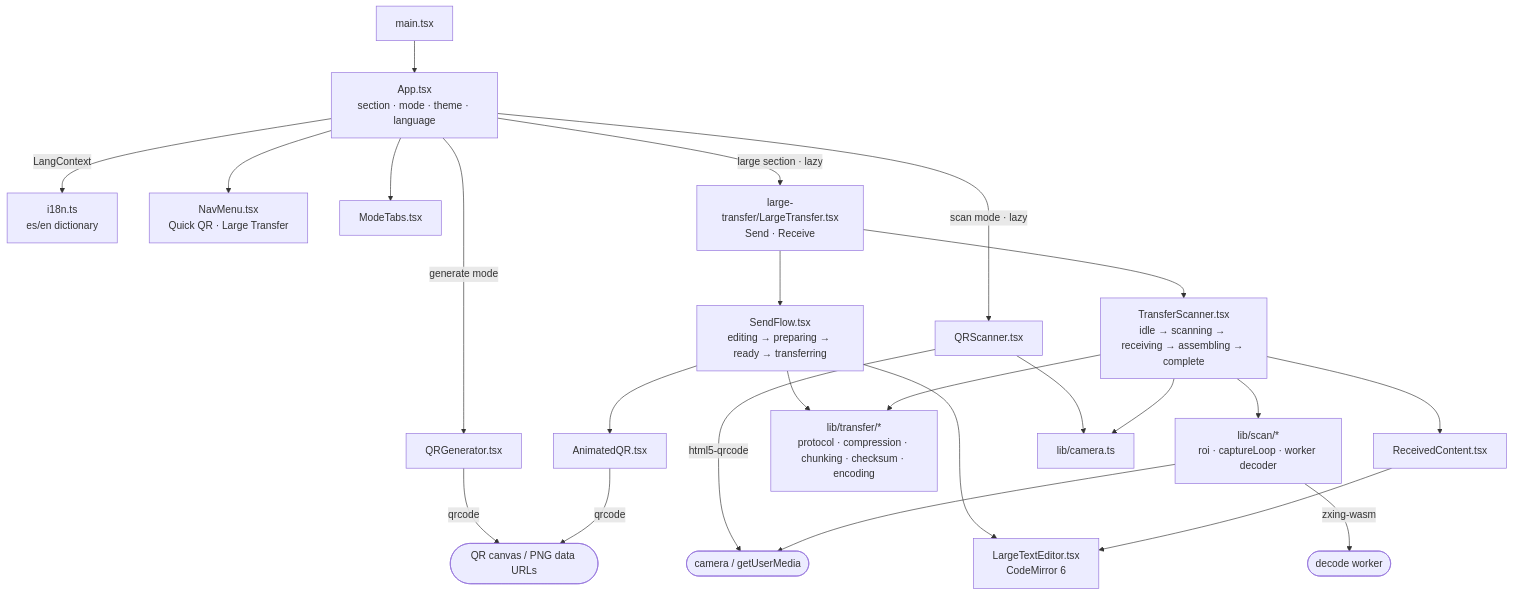
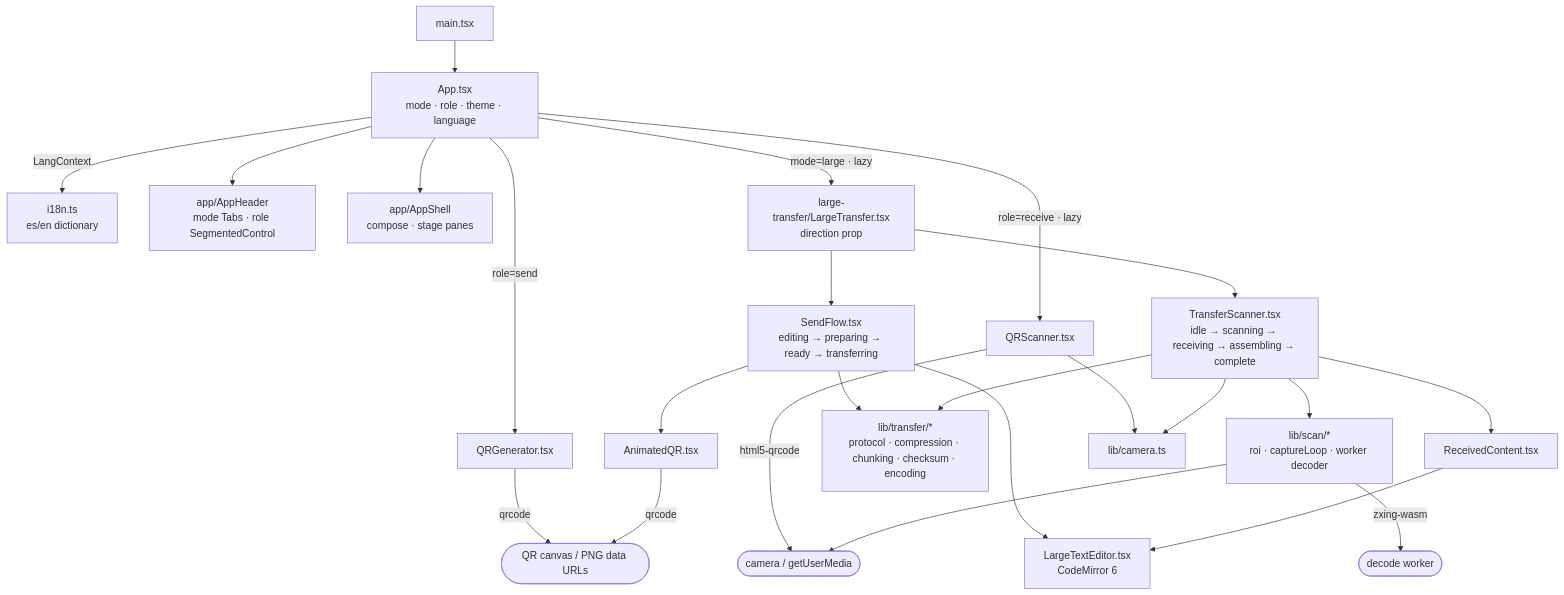
Before and after one commit to nico0695/qr-transfer: the diagram in docs/technical-overview.md, drawn with Mermaid. The commit also changed other lines of this file and 23 other files, not shown here.

First line of the commit message:
feat(shell): two-pane app shell, header with mode tabs and send/receive control

````diff
--- a/docs/technical-overview.md
+++ b/docs/technical-overview.md
@@ -60,23 +61,23 @@
 ```mermaid
 flowchart TD
-    main[main.tsx] --> App[App.tsx<br/>section · mode · theme · language]
+    main[main.tsx] --> App[App.tsx<br/>mode · role · theme · language]
     App -->|LangContext| i18n[i18n.ts<br/>es/en dictionary]
-    App --> Nav[NavMenu.tsx<br/>Quick QR · Large Transfer]
-    App --> ModeTabs[ModeTabs.tsx]
-    App -->|generate mode| Gen[QRGenerator.tsx]
-    App -->|scan mode · lazy| Scan[QRScanner.tsx]
-    App -->|large section · lazy| LT[large-transfer/LargeTransfer.tsx<br/>Send · Receive]
+    App --> Header[app/AppHeader<br/>mode Tabs · role SegmentedControl]
+    App --> Shell[app/AppShell<br/>compose · stage panes]
+    App -->|role=send| Gen[QRGenerator.tsx]
+    App -->|role=receive · lazy| Scan[QRScanner.tsx]
+    App -->|mode=large · lazy| LT[large-transfer/LargeTransfer.tsx<br/>direction prop]
     LT --> SendFlow[SendFlow.tsx<br/>editing → preparing → ready → transferring]
     LT --> Receiver[TransferScanner.tsx<br/>idle → scanning → receiving → assembling → complete]
     SendFlow --> Editor[LargeTextEditor.tsx<br/>CodeMirror 6]
     SendFlow --> AQR[AnimatedQR.tsx]
     Receiver --> Received[ReceivedContent.tsx]
     Received --> Editor
     SendFlow & Receiver --> Lib[lib/transfer/*<br/>protocol · compression · chunking · checksum · encoding]
     Receiver --> ScanLib[lib/scan/*<br/>roi · captureLoop · worker decoder]
     Scan & Receiver --> Cam[lib/camera.ts]
     Gen & AQR -->|qrcode| QR([QR canvas / PNG data URLs])
     ScanLib -->|zxing-wasm| Worker([decode worker])
     Scan --> |html5-qrcode| Camera([camera / getUserMedia])
     ScanLib --> Camera
 ```
````
